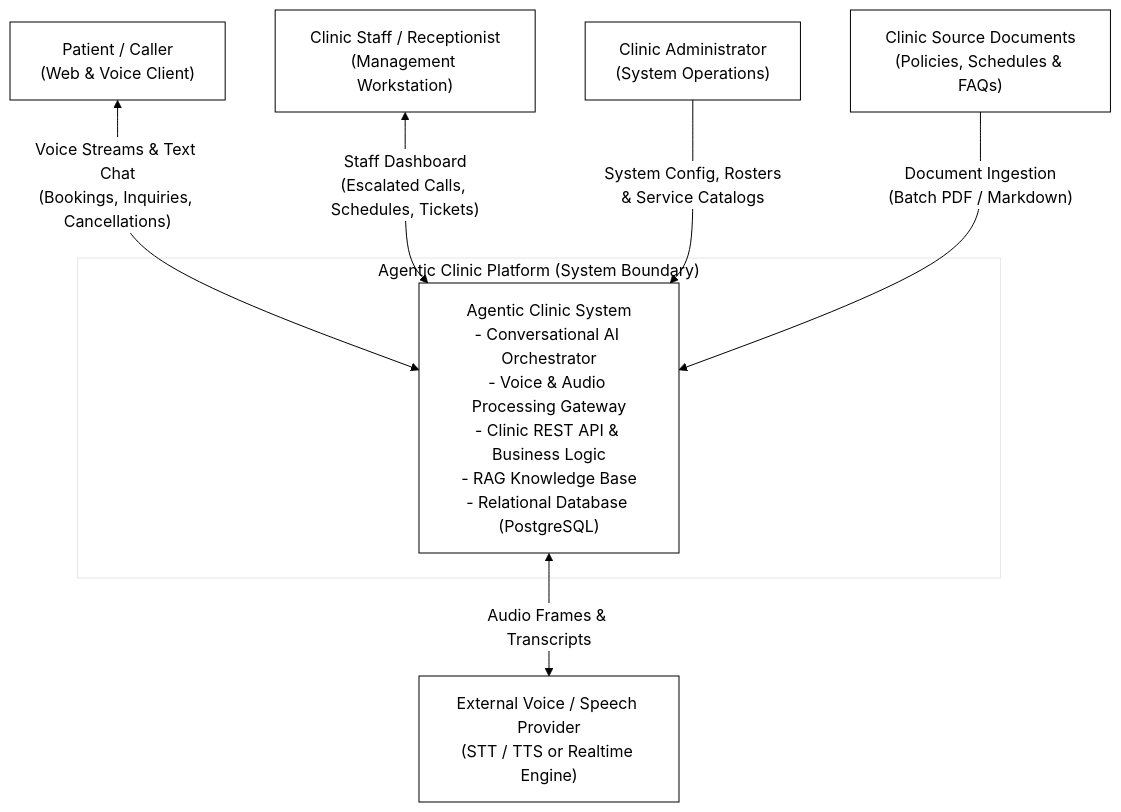
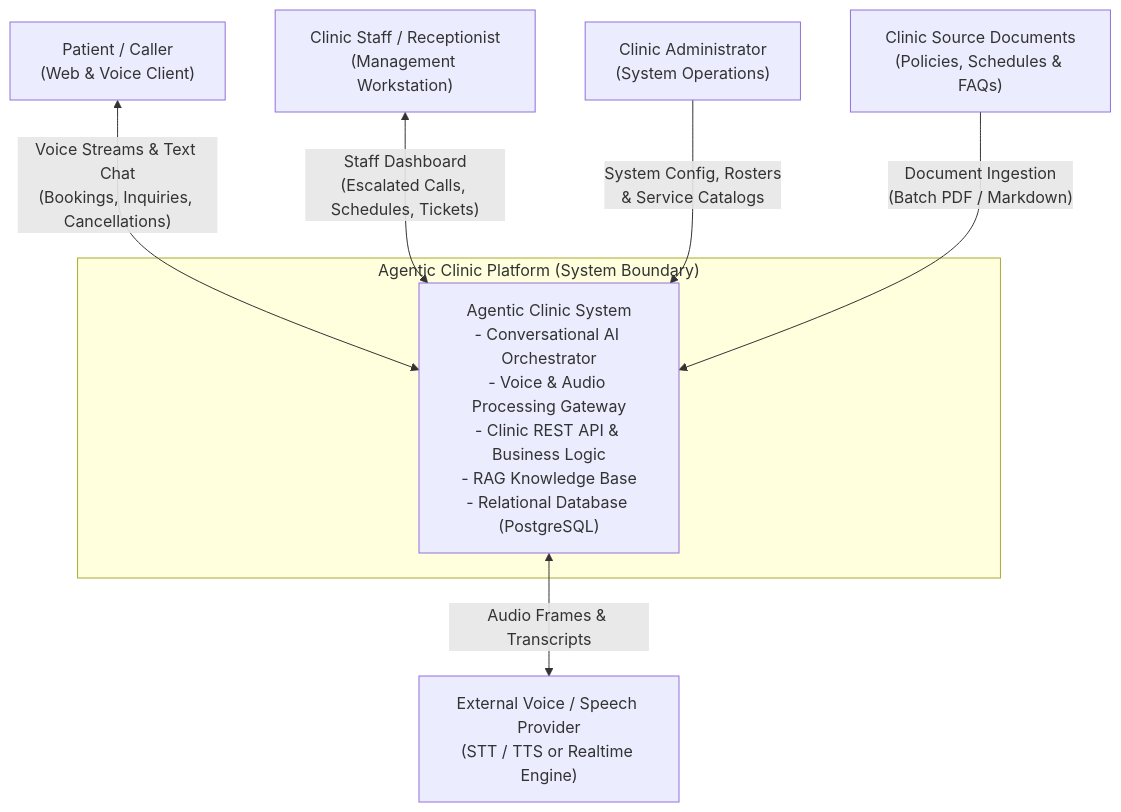
One commit to HassanAhmedMa/Agentic-AI-Call-Center changed the diagram in docs/diagrams/01-system-context/README.md. Above: the diagram before and after it, drawn with Mermaid. The commit also changed other lines of this file and 51 other files, not shown here.

Commit message:
docs: render all architecture diagrams with solid white backgrounds and perfect UML stickman and ovals

````diff
--- a/docs/diagrams/01-system-context/README.md
+++ b/docs/diagrams/01-system-context/README.md
@@ -5,20 +30,19 @@
 ```mermaid
-%%{init: {'theme': 'base', 'themeVariables': { 'primaryColor': '#ffffff', 'primaryTextColor': '#000000', 'primaryBorderColor': '#000000', 'lineColor': '#000000', 'secondaryColor': '#ffffff', 'tertiaryColor': '#ffffff', 'edgeLabelBackground':'#ffffff' }}}%%
 flowchart TB
     Patient["Patient / Caller\n(Web & Voice Client)"]
     Staff["Clinic Staff / Receptionist\n(Management Workstation)"]
     Admin["Clinic Administrator\n(System Operations)"]
     
     subgraph SystemBoundary [" Agentic Clinic Platform (System Boundary) "]
         CoreSystem["Agentic Clinic System\n- Conversational AI Orchestrator\n- Voice & Audio Processing Gateway\n- Clinic REST API & Business Logic\n- RAG Knowledge Base\n- Relational Database (PostgreSQL)"]
     end
     
     VoiceService["External Voice / Speech Provider\n(STT / TTS or Realtime Engine)"]
     KnowledgeDocs["Clinic Source Documents\n(Policies, Schedules & FAQs)"]
 
     Patient <-->|"Voice Streams & Text Chat\n(Bookings, Inquiries, Cancellations)"| CoreSystem
     Staff <-->|"Staff Dashboard\n(Escalated Calls, Schedules, Tickets)"| CoreSystem
     Admin -->|"System Config, Rosters\n& Service Catalogs"| CoreSystem
     CoreSystem <-->|"Audio Frames & Transcripts"| VoiceService
     KnowledgeDocs -->|"Document Ingestion\n(Batch PDF / Markdown)"| CoreSystem
 ```
````
